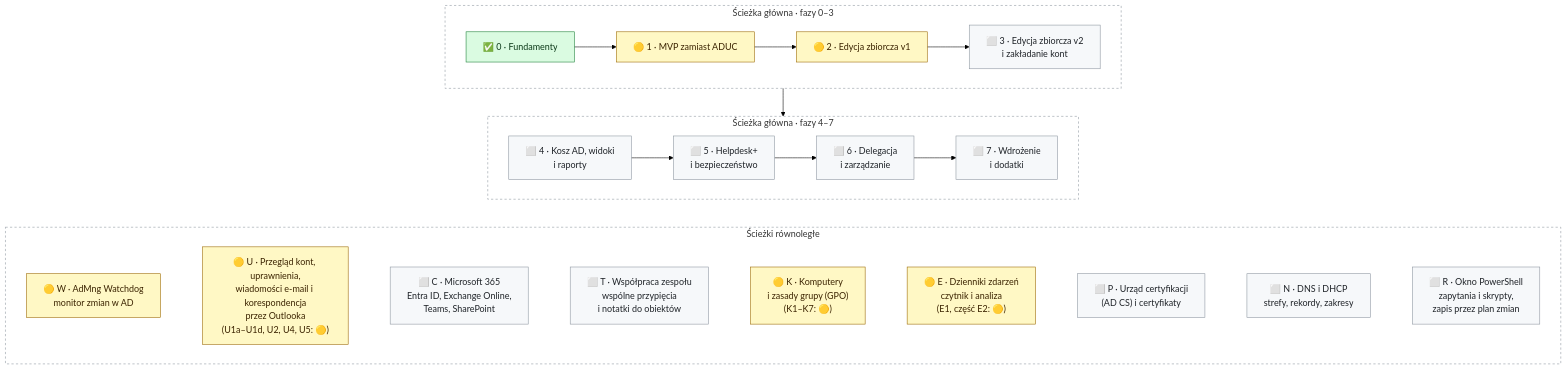
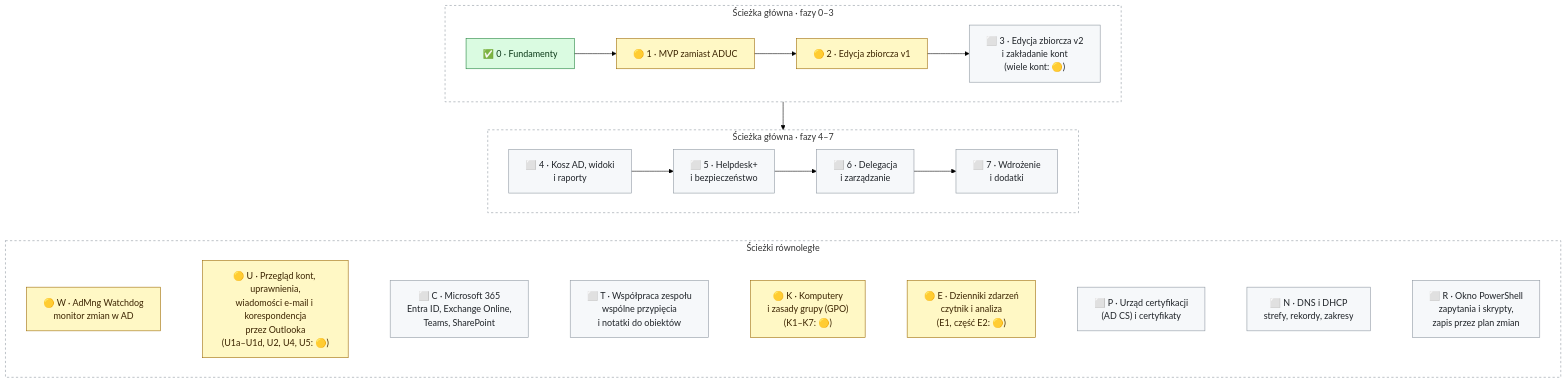
Before and after one commit to DarienRahl/AD_MNG: the diagram in README.md, drawn with Mermaid (forest theme). The commit also changed other lines of this file and 5 other files, not shown here.

First line of the commit message:
F3 docs: user chapter ZAKLADANIE-KONT.md, README, ROADMAP, PILOTAZ, ARCHITECTURE

````diff
--- a/README.md
+++ b/README.md
@@ -188,26 +197,26 @@
 ```mermaid
 flowchart TB
     subgraph A["Ścieżka główna · fazy 0–3"]
         direction LR
-        F0["✅ 0 · Fundamenty"] --> F1["🟡 1 · MVP zamiast ADUC"] --> F2["🟡 2 · Edycja zbiorcza v1"] --> F3["⬜ 3 · Edycja zbiorcza v2<br/>i zakładanie kont"]
+        F0["✅ 0 · Fundamenty"] --> F1["🟡 1 · MVP zamiast ADUC"] --> F2["🟡 2 · Edycja zbiorcza v1"] --> F3["⬜ 3 · Edycja zbiorcza v2<br/>i zakładanie kont<br/>(wiele kont: 🟡)"]
     end
     subgraph B["Ścieżka główna · fazy 4–7"]
         direction LR
         F4["⬜ 4 · Kosz AD, widoki<br/>i raporty"] --> F5["⬜ 5 · Helpdesk+<br/>i bezpieczeństwo"] --> F6["⬜ 6 · Delegacja<br/>i zarządzanie"] --> F7["⬜ 7 · Wdrożenie<br/>i dodatki"]
     end
     subgraph C["Ścieżki równoległe"]
         direction LR
         W["🟡 W · AdMng Watchdog<br/>monitor zmian w AD"] ~~~ U["🟡 U · Przegląd kont, uprawnienia,<br/>wiadomości e-mail i korespondencja<br/>przez Outlooka<br/>(U1a–U1d, U2, U4, U5: 🟡)"] ~~~ M365["⬜ C · Microsoft 365<br/>Entra ID, Exchange Online,<br/>Teams, SharePoint"] ~~~ TEAM["⬜ T · Współpraca zespołu<br/>wspólne przypięcia<br/>i notatki do obiektów"] ~~~ K["🟡 K · Komputery<br/>i zasady grupy (GPO)<br/>(K1–K7: 🟡)"] ~~~ EVT["🟡 E · Dzienniki zdarzeń<br/>czytnik i analiza<br/>(E1, część E2: 🟡)"] ~~~ PKI["⬜ P · Urząd certyfikacji<br/>(AD CS) i certyfikaty"] ~~~ NET["⬜ N · DNS i DHCP<br/>strefy, rekordy, zakresy"] ~~~ PWSH["⬜ R · Okno PowerShell<br/>zapytania i skrypty,<br/>zapis przez plan zmian"]
     end
     A --> B
     B ~~~ C
     classDef done fill:#dafbe1,stroke:#1a7f37,color:#0d3a1a
     classDef wip fill:#fff8c5,stroke:#9a6700,color:#3b2300
     classDef todo fill:#f6f8fa,stroke:#8c959f,color:#1f2328
     class F0 done
     class F1,F2,W,U,K,EVT wip
     class F3,F4,F5,F6,F7,M365,TEAM,PKI,NET,PWSH todo
     style A fill:transparent,stroke:#8c959f,stroke-dasharray:4 4
     style B fill:transparent,stroke:#8c959f,stroke-dasharray:4 4
     style C fill:transparent,stroke:#8c959f,stroke-dasharray:4 4
 ```
````
